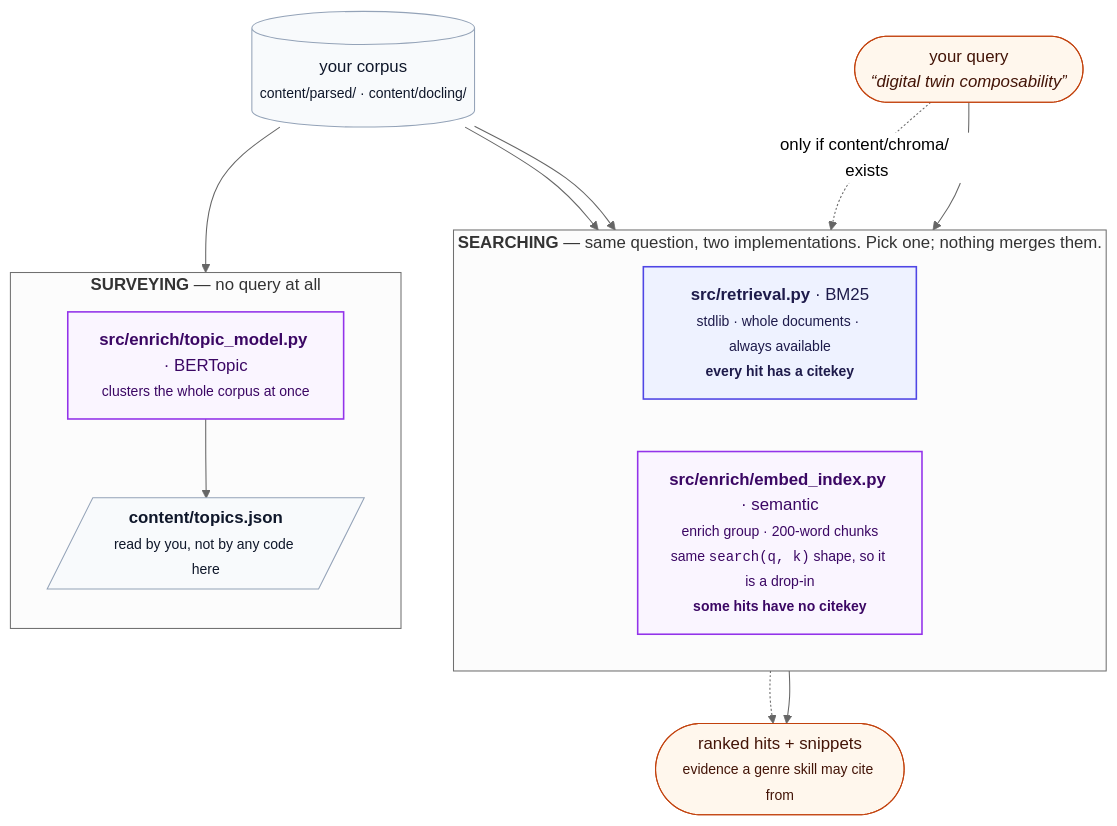
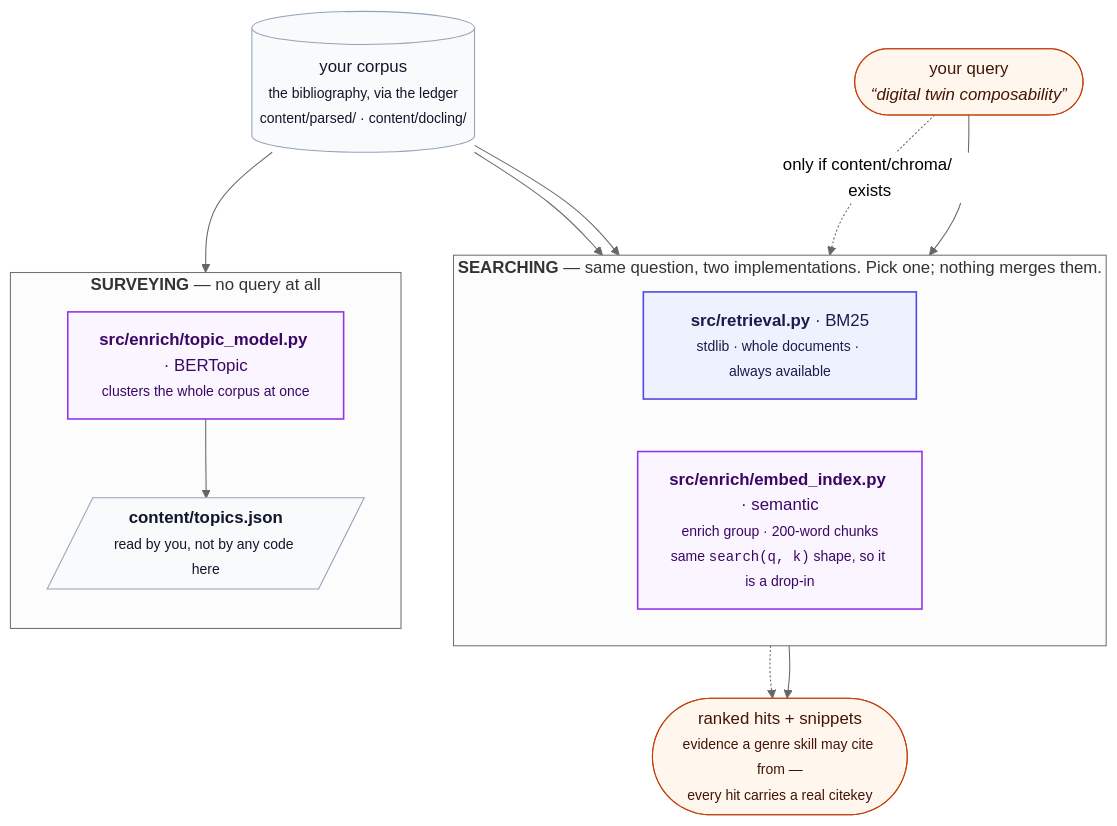
One commit to prasadtalasila/automated-research changed the diagram in docs/RETRIEVAL.md. Above: the diagram before and after it, drawn with Mermaid (neutral theme). The commit also changed other lines of this file and 37 other files, not shown here.

````diff
--- a/docs/RETRIEVAL.md
+++ b/docs/RETRIEVAL.md
@@ -29,38 +28,38 @@
 ```mermaid
 flowchart TB
 
   Q(["your query<br/><i>“digital twin composability”</i>"])
 
   subgraph SEARCH["<b>SEARCHING</b> — same question, two implementations. Pick one; nothing merges them."]
     direction LR
-    BM25["<b>src/retrieval.py</b> · BM25<br/><small>stdlib · whole documents · always available<br/><b>every hit has a citekey</b></small>"]
-    EMB["<b>src/enrich/embed_index.py</b> · semantic<br/><small>enrich group · 200-word chunks<br/>same <code>search(q, k)</code> shape, so it is a drop-in<br/><b>some hits have no citekey</b></small>"]
+    BM25["<b>src/retrieval.py</b> · BM25<br/><small>stdlib · whole documents · always available</small>"]
+    EMB["<b>src/enrich/embed_index.py</b> · semantic<br/><small>enrich group · 200-word chunks<br/>same <code>search(q, k)</code> shape, so it is a drop-in</small>"]
   end
 
   subgraph SURVEY["<b>SURVEYING</b> — no query at all"]
     direction TB
     BERT["<b>src/enrich/topic_model.py</b> · BERTopic<br/><small>clusters the whole corpus at once</small>"]
     TOP[/"<b>content/topics.json</b><br/><small>read by you, not by any code here</small>"/]
     BERT --> TOP
   end
 
-  HITS(["ranked hits + snippets<br/><small>evidence a genre skill may cite from</small>"])
-  CORPUS[("your corpus<br/><small>content/parsed/ · content/docling/</small>")]
+  HITS(["ranked hits + snippets<br/><small>evidence a genre skill may cite from —<br/>every hit carries a real citekey</small>"])
+  CORPUS[("your corpus<br/><small>the bibliography, via the ledger<br/>content/parsed/ · content/docling/</small>")]
 
   Q --> BM25 --> HITS
   Q -. "only if content/chroma/ exists" .-> EMB
   EMB -.-> HITS
   CORPUS --> BM25
   CORPUS --> EMB
   CORPUS --> BERT
 
   classDef q fill:#fff7ed,stroke:#c2410c,color:#431407
   classDef light fill:#eef2ff,stroke:#4f46e5,stroke-width:1.5px,color:#1e1b4b
   classDef heavy fill:#faf5ff,stroke:#9333ea,stroke-width:1.5px,color:#3b0764
   classDef store fill:#f8fafc,stroke:#94a3b8,color:#0f172a
 
   class Q,HITS q
   class BM25 light
   class EMB,BERT heavy
   class TOP,CORPUS store
 ```
````
